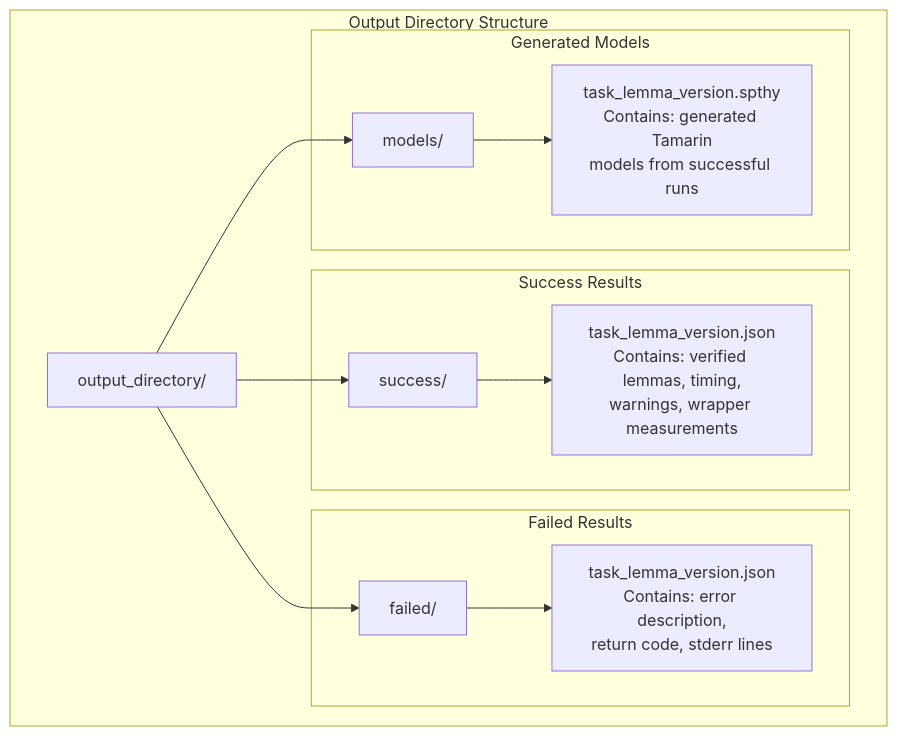
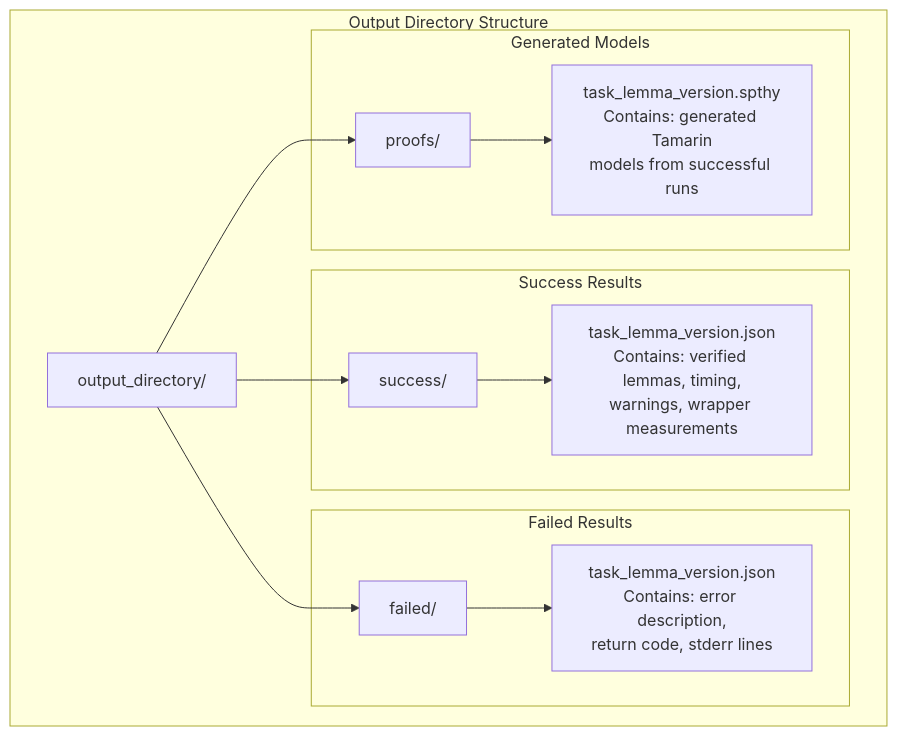
The eighth of 11 diagrams in ARCHITECTURE.md (tamarin-prover/batch-tamarin), drawn with Mermaid before and after one commit. The commit also changed other lines of this file and 1 other file, not shown here.

Commit message:
docs: update README and ARCHITECTURE

````diff
--- a/ARCHITECTURE.md
+++ b/ARCHITECTURE.md
@@ -559,29 +584,29 @@
 ```mermaid
 graph TD
     subgraph "Output Directory Structure"
         OUTPUT_DIR[output_directory/]
 
         subgraph "Success Results"
             SUCCESS_DIR[success/]
             SUCCESS_JSON[task_lemma_version.json<br/>Contains: verified lemmas, timing,<br/>warnings, wrapper measurements]
         end
 
         subgraph "Failed Results"
             FAILED_DIR[failed/]
             FAILED_JSON[task_lemma_version.json<br/>Contains: error description,<br/>return code, stderr lines]
         end
 
         subgraph "Generated Models"
-            MODELS_DIR[models/]
+            MODELS_DIR[proofs/]
             SPTHY_FILES[task_lemma_version.spthy<br/>Contains: generated Tamarin<br/>models from successful runs]
         end
     end
 
     OUTPUT_DIR --> SUCCESS_DIR
     OUTPUT_DIR --> FAILED_DIR
     OUTPUT_DIR --> MODELS_DIR
 
     SUCCESS_DIR --> SUCCESS_JSON
     FAILED_DIR --> FAILED_JSON
     MODELS_DIR --> SPTHY_FILES
 ```
````
